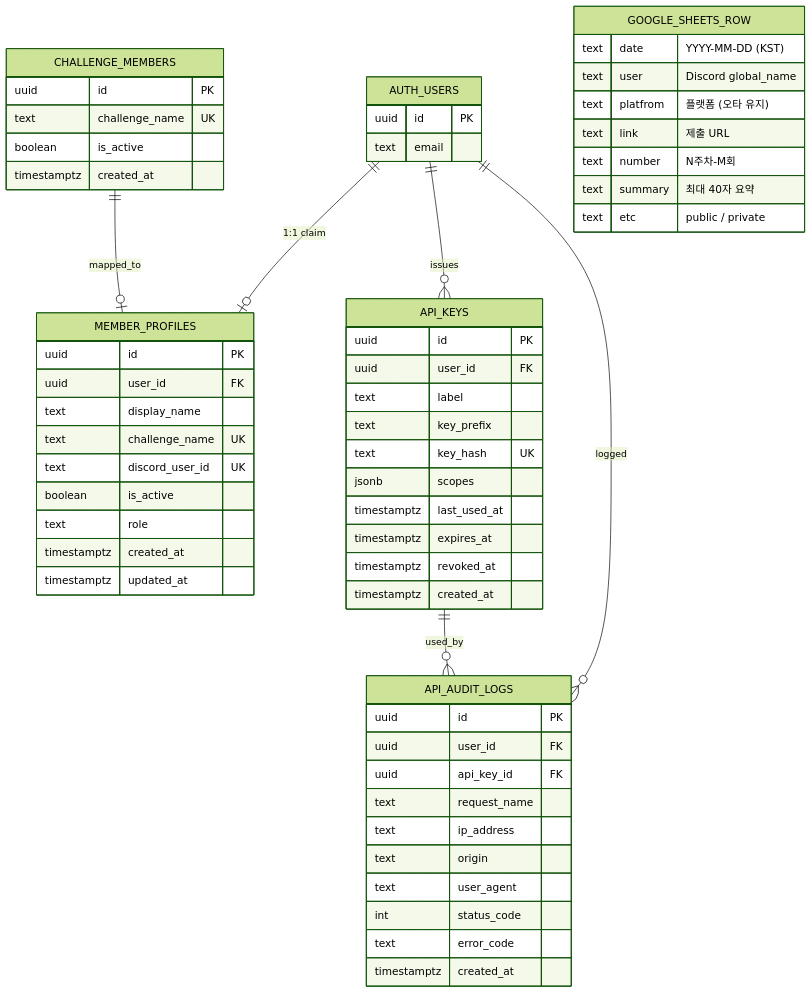
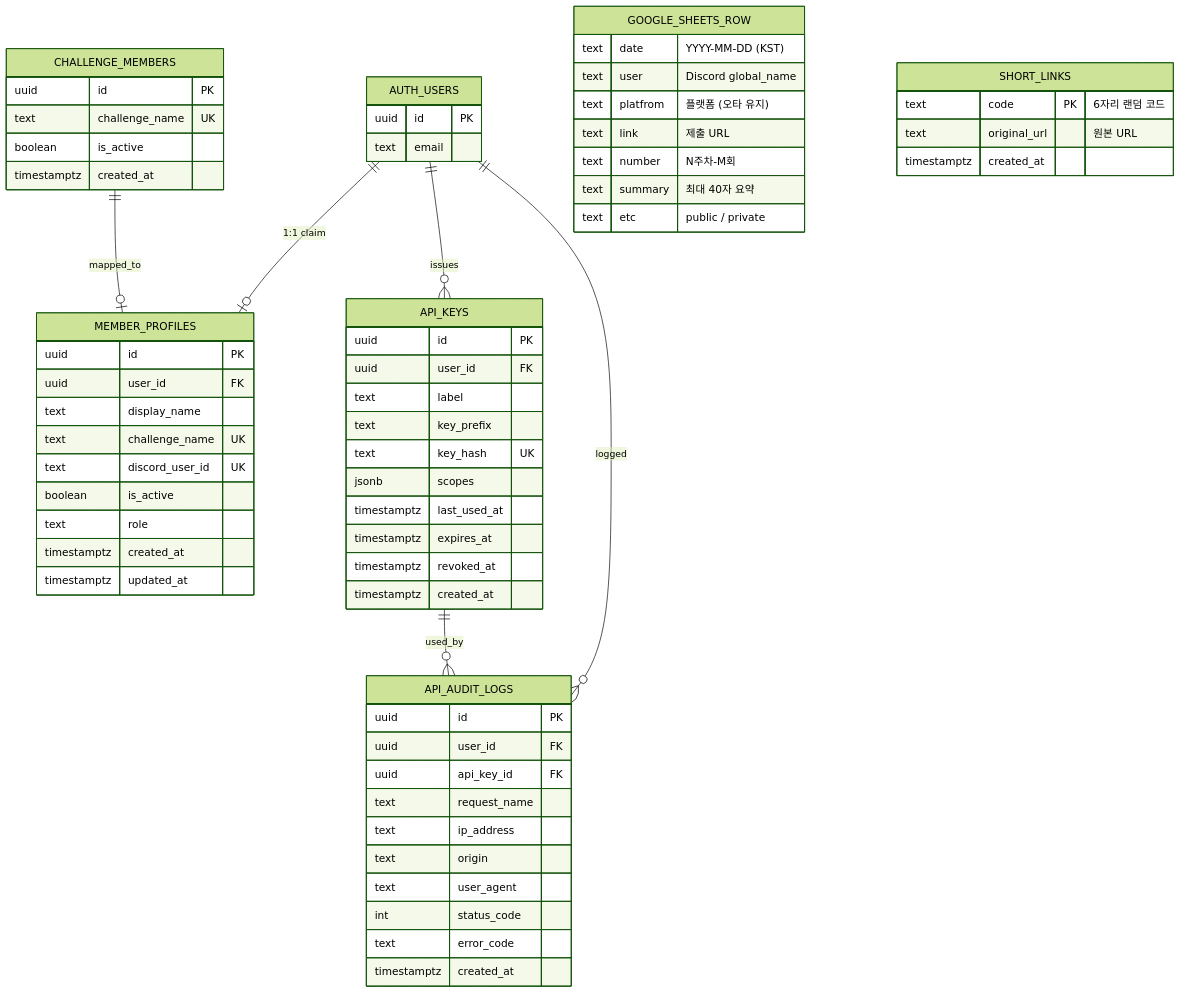
Before and after one commit to ggplab/content_designer_challenge: the third of 3 diagrams in docs/architecture.md, drawn with Mermaid (forest theme). The commit also changed other lines of this file and 1 other file, not shown here.

````diff
--- a/docs/architecture.md
+++ b/docs/architecture.md
@@ -183,68 +195,74 @@
 ```mermaid
 erDiagram
     AUTH_USERS {
         uuid id PK
         text email
     }
 
     MEMBER_PROFILES {
         uuid id PK
         uuid user_id FK
         text display_name
         text challenge_name UK
         text discord_user_id UK
         boolean is_active
         text role
         timestamptz created_at
         timestamptz updated_at
     }
 
     CHALLENGE_MEMBERS {
         uuid id PK
         text challenge_name UK
         boolean is_active
         timestamptz created_at
     }
 
     API_KEYS {
         uuid id PK
         uuid user_id FK
         text label
         text key_prefix
         text key_hash UK
         jsonb scopes
         timestamptz last_used_at
         timestamptz expires_at
         timestamptz revoked_at
         timestamptz created_at
     }
 
     API_AUDIT_LOGS {
         uuid id PK
         uuid user_id FK
         uuid api_key_id FK
         text request_name
         text ip_address
         text origin
         text user_agent
         int status_code
         text error_code
         timestamptz created_at
     }
 
     GOOGLE_SHEETS_ROW {
         text date "YYYY-MM-DD (KST)"
         text user "Discord global_name"
         text platfrom "플랫폼 (오타 유지)"
         text link "제출 URL"
         text number "N주차-M회"
         text summary "최대 40자 요약"
         text etc "public / private"
     }
 
+    SHORT_LINKS {
+        text code PK "6자리 랜덤 코드"
+        text original_url "원본 URL"
+        timestamptz created_at
+    }
+
     AUTH_USERS ||--o| MEMBER_PROFILES : "1:1 claim"
     AUTH_USERS ||--o{ API_KEYS : "issues"
     AUTH_USERS ||--o{ API_AUDIT_LOGS : "logged"
     API_KEYS ||--o{ API_AUDIT_LOGS : "used_by"
     CHALLENGE_MEMBERS ||--o| MEMBER_PROFILES : "mapped_to"
 ```
````
